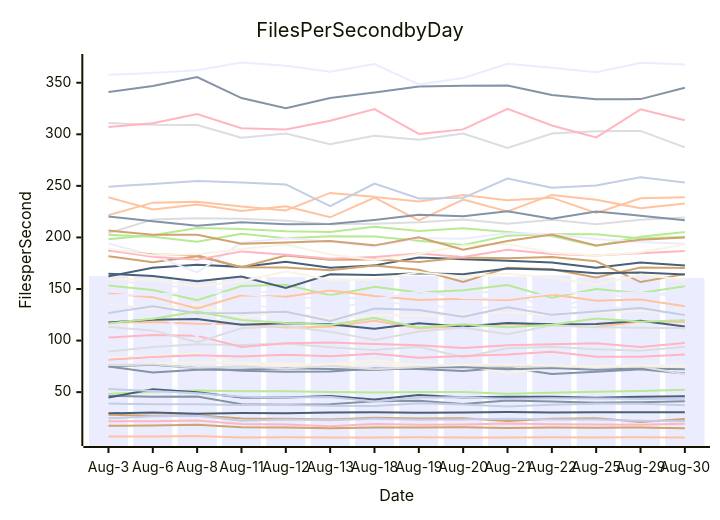
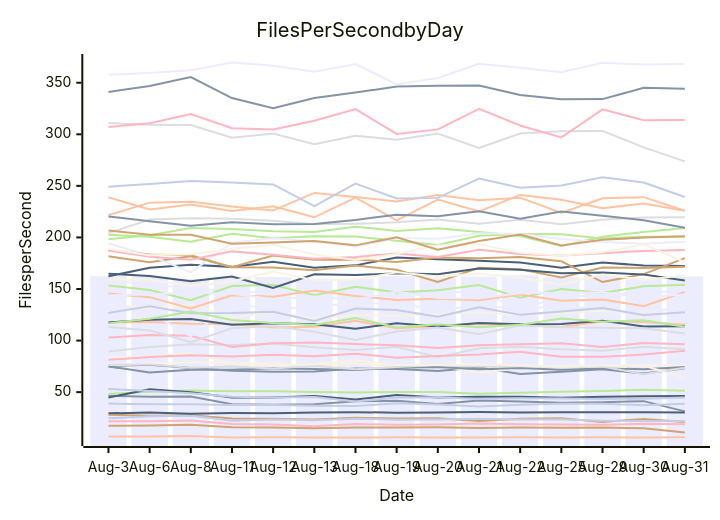
One commit to streetsidesoftware/cspell changed the diagram in perf-report.md. Above: the diagram before and after it, drawn with Mermaid. The commit also changed other lines of this file and 1 other file, not shown here.

````diff
--- a/perf-report.md
+++ b/perf-report.md
@@ -10,57 +10,57 @@
 ```mermaid
 xychart-beta
     title Files Per Second by Day
     y-axis Files per Second
-    x-axis Date [Aug-3, Aug-6, Aug-8, Aug-11, Aug-12, Aug-13, Aug-18, Aug-19, Aug-20, Aug-21, Aug-22, Aug-25, Aug-29, Aug-30]
-    bar [162.42, 162.15, 159.78, 161.87, 161.59, 160.12, 160.00, 162.54, 160.82, 162.11, 163.20, 161.31, 162.91, 160.67]
-    line [46.57, 45.56, 45.66, 38.22, 37.79, 38.23, 41.09, 41.54, 38.59, 41.99, 40.85, 39.81, 40.28, 41.27]
-    line [6.91, 7.06, 7.47, 6.09, 6.22, 6.12, 6.05, 6.23, 6.09, 6.02, 6.19, 6.02, 6.20, 6.04]
-    line [89.32, 93.72, 96.32, 95.66, 97.25, 93.41, 90.83, 93.92, 83.91, 92.53, 93.93, 91.70, 90.17, 94.03]
-    line [48.27, 50.39, 51.68, 50.89, 50.88, 50.22, 49.59, 50.25, 50.03, 48.40, 49.47, 50.47, 51.15, 52.21]
-    line [27.98, 27.09, 27.59, 24.33, 24.19, 23.40, 25.07, 24.48, 24.64, 22.11, 24.14, 24.67, 21.16, 23.95]
-    line [24.58, 26.54, 27.00, 22.24, 23.36, 22.81, 24.23, 23.27, 23.59, 24.08, 23.43, 23.40, 22.23, 21.90]
-    line [102.88, 105.40, 104.69, 93.74, 97.45, 98.22, 96.65, 95.35, 92.84, 95.49, 96.50, 97.40, 93.72, 97.65]
-    line [44.73, 52.88, 49.80, 44.85, 44.73, 46.28, 42.85, 47.12, 44.69, 45.57, 45.49, 44.61, 45.50, 46.05]
-    line [135.43, 131.19, 135.23, 122.44, 127.81, 121.17, 124.81, 124.18, 125.47, 127.40, 124.91, 126.98, 128.83, 125.51]
-    line [158.79, 154.00, 151.10, 147.11, 146.86, 146.10, 136.12, 147.29, 144.63, 149.12, 128.33, 145.05, 141.62, 149.48]
-    line [75.13, 76.66, 73.32, 70.77, 69.86, 70.01, 73.04, 72.36, 70.62, 73.83, 67.67, 69.68, 72.12, 68.00]
-    line [117.78, 117.94, 116.33, 116.04, 112.64, 113.43, 119.19, 111.93, 114.00, 116.17, 114.97, 113.11, 118.41, 118.01]
-    line [310.96, 309.18, 308.97, 296.59, 300.81, 290.46, 298.69, 294.82, 300.68, 286.71, 300.74, 302.95, 303.29, 287.37]
-    line [202.60, 200.71, 195.89, 203.57, 199.20, 201.23, 200.81, 196.78, 192.62, 201.64, 203.42, 203.18, 198.91, 200.77]
-    line [17.45, 17.65, 18.37, 15.99, 15.64, 15.11, 15.67, 15.78, 15.86, 15.35, 15.70, 15.41, 15.75, 15.00]
-    line [53.03, 51.13, 48.90, 45.53, 44.69, 45.18, 40.85, 44.70, 45.09, 43.47, 44.07, 43.94, 43.35, 43.55]
-    line [21.72, 21.80, 22.54, 19.07, 18.54, 16.95, 19.10, 18.27, 18.74, 19.65, 18.80, 18.62, 18.45, 19.29]
-    line [162.30, 170.51, 173.47, 171.46, 176.49, 170.50, 172.92, 180.52, 178.78, 177.41, 175.76, 170.70, 175.74, 172.74]
-    line [75.71, 77.66, 78.66, 78.35, 77.65, 75.86, 77.65, 74.07, 76.09, 68.93, 73.13, 75.35, 74.03, 75.97]
-    line [137.05, 127.16, 104.34, 135.34, 130.97, 132.26, 136.82, 135.16, 130.52, 133.31, 131.34, 132.85, 130.95, 124.42]
-    line [74.92, 69.05, 71.64, 71.63, 73.23, 72.55, 71.44, 73.71, 74.27, 72.25, 73.30, 71.82, 72.99, 72.24]
-    line [238.93, 227.08, 231.94, 225.75, 230.29, 219.53, 238.65, 216.52, 236.75, 225.24, 241.21, 236.60, 228.23, 232.86]
-    line [76.34, 76.92, 73.53, 74.78, 72.96, 75.57, 72.13, 74.31, 76.20, 74.98, 75.32, 73.98, 74.92, 67.44]
-    line [198.32, 202.22, 209.23, 208.13, 206.12, 205.21, 210.46, 206.31, 208.96, 205.28, 201.48, 191.68, 200.76, 205.32]
-    line [181.77, 175.87, 181.75, 171.06, 170.80, 168.18, 172.80, 168.69, 156.73, 170.52, 169.10, 161.12, 170.94, 170.42]
-    line [39.03, 38.14, 38.18, 37.54, 37.60, 36.71, 36.51, 39.25, 38.04, 36.06, 37.72, 38.63, 38.79, 37.24]
-    line [307.09, 310.74, 319.60, 305.87, 304.71, 313.08, 324.40, 300.37, 304.78, 324.68, 308.60, 296.98, 324.16, 313.60]
-    line [117.60, 120.09, 120.85, 115.35, 116.69, 115.74, 111.39, 116.78, 113.71, 117.01, 115.75, 116.08, 119.18, 113.59]
-    line [83.62, 84.88, 87.82, 77.70, 75.58, 76.94, 80.70, 76.26, 76.41, 76.73, 75.85, 74.38, 75.85, 75.82]
-    line [194.07, 182.58, 166.07, 194.86, 199.17, 196.17, 191.14, 199.41, 198.71, 204.15, 203.44, 198.55, 195.50, 193.96]
-    line [341.03, 346.90, 355.56, 335.17, 325.27, 335.20, 340.52, 346.23, 347.14, 347.41, 338.20, 333.97, 334.12, 345.07]
-    line [221.63, 233.74, 234.59, 230.11, 226.13, 243.15, 239.31, 234.89, 241.23, 236.06, 238.56, 223.75, 237.91, 239.06]
-    line [204.15, 217.44, 218.55, 218.05, 216.13, 212.80, 213.27, 214.61, 217.28, 213.25, 217.17, 212.77, 217.16, 219.42]
-    line [153.39, 148.93, 139.04, 152.86, 154.13, 144.07, 152.10, 146.68, 148.87, 153.90, 141.45, 150.06, 146.03, 152.71]
-    line [187.46, 183.38, 182.66, 171.17, 182.41, 178.32, 178.57, 176.08, 180.57, 179.89, 180.99, 176.89, 156.76, 164.43]
-    line [126.83, 133.33, 126.61, 126.72, 128.04, 119.05, 131.02, 129.61, 123.08, 132.18, 124.93, 128.24, 131.60, 124.76]
-    line [187.31, 181.39, 178.30, 186.48, 183.29, 179.27, 181.07, 184.49, 180.99, 187.99, 183.89, 182.41, 184.77, 186.94]
-    line [29.48, 30.19, 29.03, 29.67, 29.60, 30.33, 30.62, 30.06, 30.32, 30.71, 30.33, 30.41, 30.59, 30.45]
-    line [188.91, 182.68, 183.70, 188.70, 193.07, 183.50, 178.10, 183.95, 192.12, 193.67, 185.05, 182.38, 185.55, 193.26]
-    line [357.63, 359.56, 362.02, 369.62, 366.45, 360.63, 368.14, 348.34, 354.65, 368.47, 364.63, 360.14, 369.32, 367.60]
-    line [220.37, 215.62, 211.22, 214.76, 212.79, 213.14, 217.00, 221.94, 220.45, 225.30, 218.11, 225.16, 221.13, 216.69]
-    line [145.58, 142.12, 131.06, 143.98, 142.41, 148.62, 143.28, 139.37, 140.53, 139.04, 144.69, 138.65, 139.89, 133.31]
-    line [113.19, 109.88, 98.38, 112.00, 114.17, 108.57, 100.66, 108.77, 112.72, 106.20, 114.85, 112.98, 112.47, 111.83]
-    line [116.67, 121.26, 128.17, 119.97, 117.10, 115.21, 121.90, 112.74, 115.76, 112.80, 115.24, 121.46, 118.37, 119.80]
-    line [206.67, 202.54, 202.61, 193.89, 195.05, 196.60, 192.32, 200.16, 188.13, 196.57, 202.87, 192.16, 197.82, 199.85]
-    line [249.24, 251.79, 254.83, 253.26, 251.44, 230.32, 252.21, 237.84, 238.36, 257.03, 248.15, 250.39, 258.39, 253.25]
-    line [81.39, 83.97, 85.77, 84.48, 86.21, 84.78, 87.25, 83.34, 85.16, 86.61, 89.19, 84.30, 84.25, 86.47]
-    line [164.91, 162.58, 157.48, 162.05, 151.08, 164.19, 163.52, 165.17, 164.35, 169.78, 168.65, 165.26, 166.00, 163.99]
-    line [159.02, 159.32, 152.64, 157.58, 166.90, 158.63, 158.95, 166.31, 162.23, 164.91, 160.87, 154.07, 164.02, 158.84]
-    line [143.82, 144.85, 146.35, 145.37, 140.27, 142.62, 139.83, 147.55, 141.21, 140.96, 145.89, 146.30, 146.55, 142.25]
+    x-axis Date [Aug-3, Aug-6, Aug-8, Aug-11, Aug-12, Aug-13, Aug-18, Aug-19, Aug-20, Aug-21, Aug-22, Aug-25, Aug-29, Aug-30, Aug-31]
+    bar [162.42, 162.15, 159.78, 161.87, 161.59, 160.12, 160.00, 162.54, 160.82, 162.11, 163.20, 161.31, 162.91, 160.67, 162.23]
+    line [46.57, 45.56, 45.66, 38.22, 37.79, 38.23, 41.09, 41.54, 38.59, 41.99, 40.85, 39.81, 40.28, 41.27, 31.34]
+    line [6.91, 7.06, 7.47, 6.09, 6.22, 6.12, 6.05, 6.23, 6.09, 6.02, 6.19, 6.02, 6.20, 6.04, 6.31]
+    line [89.32, 93.72, 96.32, 95.66, 97.25, 93.41, 90.83, 93.92, 83.91, 92.53, 93.93, 91.70, 90.17, 94.03, 91.58]
+    line [48.27, 50.39, 51.68, 50.89, 50.88, 50.22, 49.59, 50.25, 50.03, 48.40, 49.47, 50.47, 51.15, 52.21, 51.36]
+    line [27.98, 27.09, 27.59, 24.33, 24.19, 23.40, 25.07, 24.48, 24.64, 22.11, 24.14, 24.67, 21.16, 23.95, 21.08]
+    line [24.58, 26.54, 27.00, 22.24, 23.36, 22.81, 24.23, 23.27, 23.59, 24.08, 23.43, 23.40, 22.23, 21.90, 22.11]
+    line [102.88, 105.40, 104.69, 93.74, 97.45, 98.22, 96.65, 95.35, 92.84, 95.49, 96.50, 97.40, 93.72, 97.65, 96.36]
+    line [44.73, 52.88, 49.80, 44.85, 44.73, 46.28, 42.85, 47.12, 44.69, 45.57, 45.49, 44.61, 45.50, 46.05, 46.28]
+    line [135.43, 131.19, 135.23, 122.44, 127.81, 121.17, 124.81, 124.18, 125.47, 127.40, 124.91, 126.98, 128.83, 125.51, 134.00]
+    line [158.79, 154.00, 151.10, 147.11, 146.86, 146.10, 136.12, 147.29, 144.63, 149.12, 128.33, 145.05, 141.62, 149.48, 145.13]
+    line [75.13, 76.66, 73.32, 70.77, 69.86, 70.01, 73.04, 72.36, 70.62, 73.83, 67.67, 69.68, 72.12, 68.00, 73.10]
+    line [117.78, 117.94, 116.33, 116.04, 112.64, 113.43, 119.19, 111.93, 114.00, 116.17, 114.97, 113.11, 118.41, 118.01, 115.38]
+    line [310.96, 309.18, 308.97, 296.59, 300.81, 290.46, 298.69, 294.82, 300.68, 286.71, 300.74, 302.95, 303.29, 287.37, 273.70]
+    line [202.60, 200.71, 195.89, 203.57, 199.20, 201.23, 200.81, 196.78, 192.62, 201.64, 203.42, 203.18, 198.91, 200.77, 200.60]
+    line [17.45, 17.65, 18.37, 15.99, 15.64, 15.11, 15.67, 15.78, 15.86, 15.35, 15.70, 15.41, 15.75, 15.00, 10.95]
+    line [53.03, 51.13, 48.90, 45.53, 44.69, 45.18, 40.85, 44.70, 45.09, 43.47, 44.07, 43.94, 43.35, 43.55, 44.83]
+    line [21.72, 21.80, 22.54, 19.07, 18.54, 16.95, 19.10, 18.27, 18.74, 19.65, 18.80, 18.62, 18.45, 19.29, 18.93]
+    line [162.30, 170.51, 173.47, 171.46, 176.49, 170.50, 172.92, 180.52, 178.78, 177.41, 175.76, 170.70, 175.74, 172.74, 172.42]
+    line [75.71, 77.66, 78.66, 78.35, 77.65, 75.86, 77.65, 74.07, 76.09, 68.93, 73.13, 75.35, 74.03, 75.97, 75.67]
+    line [137.05, 127.16, 104.34, 135.34, 130.97, 132.26, 136.82, 135.16, 130.52, 133.31, 131.34, 132.85, 130.95, 124.42, 134.71]
+    line [74.92, 69.05, 71.64, 71.63, 73.23, 72.55, 71.44, 73.71, 74.27, 72.25, 73.30, 71.82, 72.99, 72.24, 74.47]
+    line [238.93, 227.08, 231.94, 225.75, 230.29, 219.53, 238.65, 216.52, 236.75, 225.24, 241.21, 236.60, 228.23, 232.86, 225.86]
+    line [76.34, 76.92, 73.53, 74.78, 72.96, 75.57, 72.13, 74.31, 76.20, 74.98, 75.32, 73.98, 74.92, 67.44, 73.58]
+    line [198.32, 202.22, 209.23, 208.13, 206.12, 205.21, 210.46, 206.31, 208.96, 205.28, 201.48, 191.68, 200.76, 205.32, 209.16]
+    line [181.77, 175.87, 181.75, 171.06, 170.80, 168.18, 172.80, 168.69, 156.73, 170.52, 169.10, 161.12, 170.94, 170.42, 171.66]
+    line [39.03, 38.14, 38.18, 37.54, 37.60, 36.71, 36.51, 39.25, 38.04, 36.06, 37.72, 38.63, 38.79, 37.24, 38.82]
+    line [307.09, 310.74, 319.60, 305.87, 304.71, 313.08, 324.40, 300.37, 304.78, 324.68, 308.60, 296.98, 324.16, 313.60, 313.90]
+    line [117.60, 120.09, 120.85, 115.35, 116.69, 115.74, 111.39, 116.78, 113.71, 117.01, 115.75, 116.08, 119.18, 113.59, 113.90]
+    line [83.62, 84.88, 87.82, 77.70, 75.58, 76.94, 80.70, 76.26, 76.41, 76.73, 75.85, 74.38, 75.85, 75.82, 63.58]
+    line [194.07, 182.58, 166.07, 194.86, 199.17, 196.17, 191.14, 199.41, 198.71, 204.15, 203.44, 198.55, 195.50, 193.96, 195.93]
+    line [341.03, 346.90, 355.56, 335.17, 325.27, 335.20, 340.52, 346.23, 347.14, 347.41, 338.20, 333.97, 334.12, 345.07, 344.07]
+    line [221.63, 233.74, 234.59, 230.11, 226.13, 243.15, 239.31, 234.89, 241.23, 236.06, 238.56, 223.75, 237.91, 239.06, 225.93]
+    line [204.15, 217.44, 218.55, 218.05, 216.13, 212.80, 213.27, 214.61, 217.28, 213.25, 217.17, 212.77, 217.16, 219.42, 219.67]
+    line [153.39, 148.93, 139.04, 152.86, 154.13, 144.07, 152.10, 146.68, 148.87, 153.90, 141.45, 150.06, 146.03, 152.71, 154.22]
+    line [187.46, 183.38, 182.66, 171.17, 182.41, 178.32, 178.57, 176.08, 180.57, 179.89, 180.99, 176.89, 156.76, 164.43, 179.98]
+    line [126.83, 133.33, 126.61, 126.72, 128.04, 119.05, 131.02, 129.61, 123.08, 132.18, 124.93, 128.24, 131.60, 124.76, 127.41]
+    line [187.31, 181.39, 178.30, 186.48, 183.29, 179.27, 181.07, 184.49, 180.99, 187.99, 183.89, 182.41, 184.77, 186.94, 187.90]
+    line [29.48, 30.19, 29.03, 29.67, 29.60, 30.33, 30.62, 30.06, 30.32, 30.71, 30.33, 30.41, 30.59, 30.45, 30.18]
+    line [188.91, 182.68, 183.70, 188.70, 193.07, 183.50, 178.10, 183.95, 192.12, 193.67, 185.05, 182.38, 185.55, 193.26, 175.95]
+    line [357.63, 359.56, 362.02, 369.62, 366.45, 360.63, 368.14, 348.34, 354.65, 368.47, 364.63, 360.14, 369.32, 367.60, 368.06]
+    line [220.37, 215.62, 211.22, 214.76, 212.79, 213.14, 217.00, 221.94, 220.45, 225.30, 218.11, 225.16, 221.13, 216.69, 209.38]
+    line [145.58, 142.12, 131.06, 143.98, 142.41, 148.62, 143.28, 139.37, 140.53, 139.04, 144.69, 138.65, 139.89, 133.31, 147.05]
+    line [113.19, 109.88, 98.38, 112.00, 114.17, 108.57, 100.66, 108.77, 112.72, 106.20, 114.85, 112.98, 112.47, 111.83, 106.77]
+    line [116.67, 121.26, 128.17, 119.97, 117.10, 115.21, 121.90, 112.74, 115.76, 112.80, 115.24, 121.46, 118.37, 119.80, 113.42]
+    line [206.67, 202.54, 202.61, 193.89, 195.05, 196.60, 192.32, 200.16, 188.13, 196.57, 202.87, 192.16, 197.82, 199.85, 201.09]
+    line [249.24, 251.79, 254.83, 253.26, 251.44, 230.32, 252.21, 237.84, 238.36, 257.03, 248.15, 250.39, 258.39, 253.25, 239.15]
+    line [81.39, 83.97, 85.77, 84.48, 86.21, 84.78, 87.25, 83.34, 85.16, 86.61, 89.19, 84.30, 84.25, 86.47, 90.24]
+    line [164.91, 162.58, 157.48, 162.05, 151.08, 164.19, 163.52, 165.17, 164.35, 169.78, 168.65, 165.26, 166.00, 163.99, 158.25]
+    line [159.02, 159.32, 152.64, 157.58, 166.90, 158.63, 158.95, 166.31, 162.23, 164.91, 160.87, 154.07, 164.02, 158.84, 163.22]
+    line [143.82, 144.85, 146.35, 145.37, 140.27, 142.62, 139.83, 147.55, 141.21, 140.96, 145.89, 146.30, 146.55, 142.25, 144.78]
 ```
````
